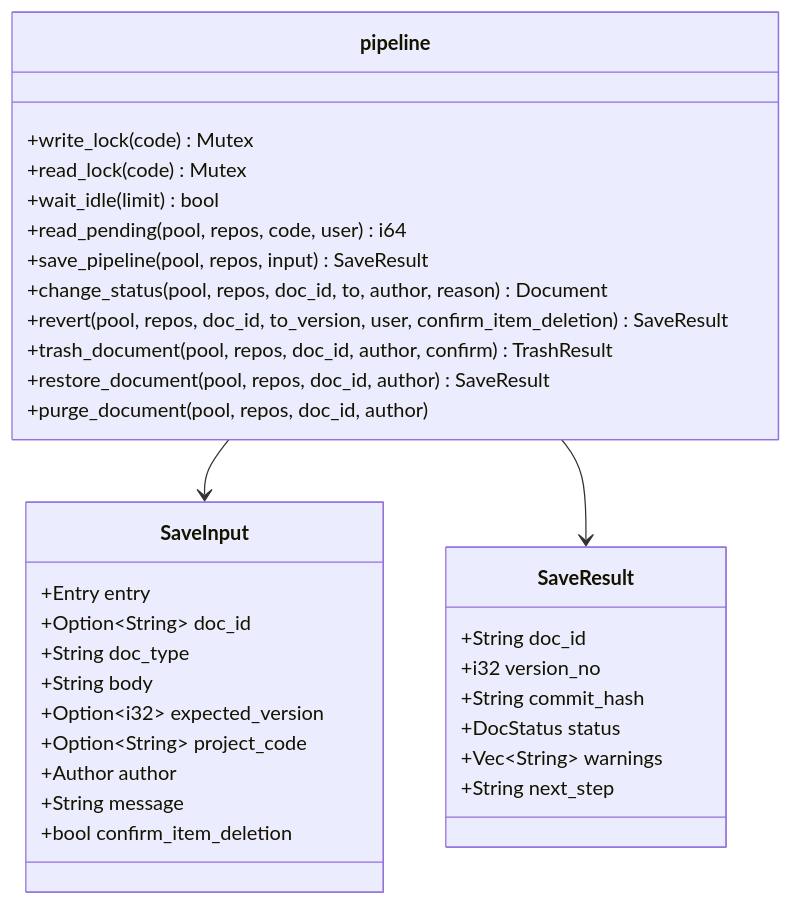
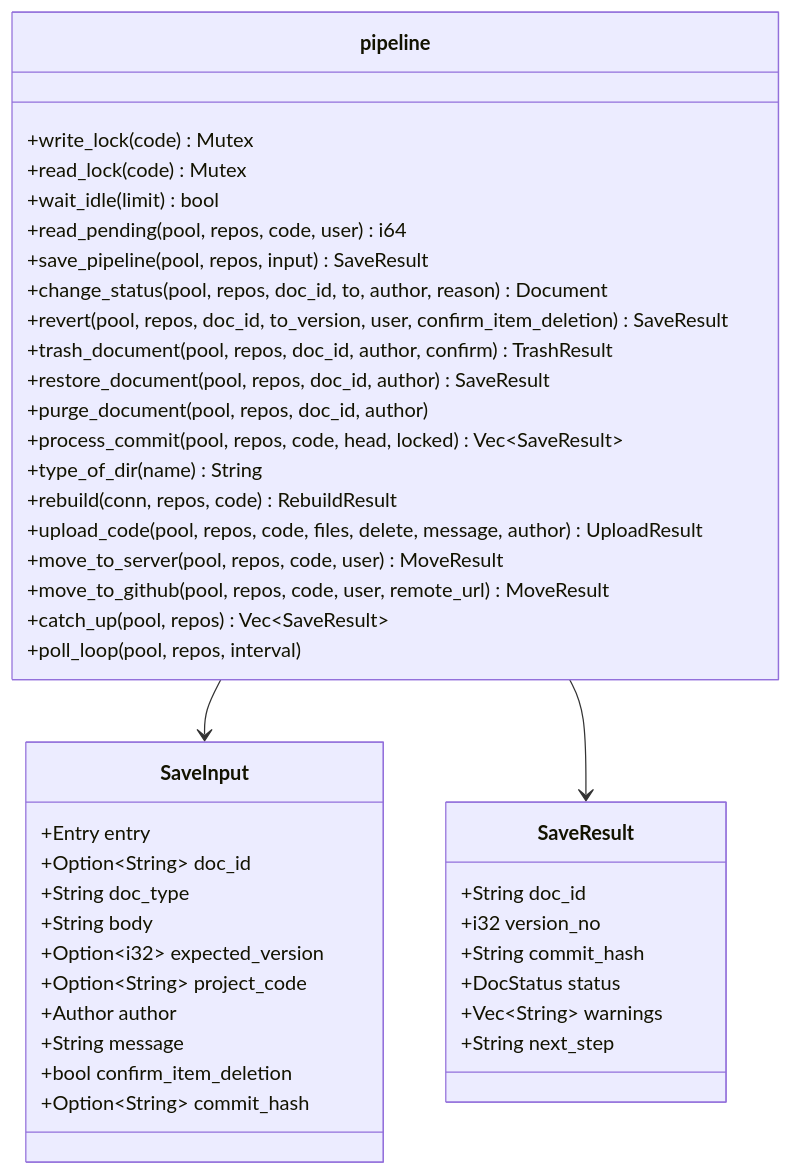
Before and after one commit to HoyoungParkme/syncdoc: the fifth of 6 diagrams in docs/specs/06-DOM/SYNC-DOM-004.md, drawn with Mermaid. The commit also changed other lines of this file, not shown here.

````diff
--- a/docs/specs/06-DOM/SYNC-DOM-004.md
+++ b/docs/specs/06-DOM/SYNC-DOM-004.md
@@ -562,36 +568,45 @@
 ```mermaid
 classDiagram
     class pipeline {
         +write_lock(code) Mutex
         +read_lock(code) Mutex
         +wait_idle(limit) bool
         +read_pending(pool, repos, code, user) i64
         +save_pipeline(pool, repos, input) SaveResult
         +change_status(pool, repos, doc_id, to, author, reason) Document
         +revert(pool, repos, doc_id, to_version, user, confirm_item_deletion) SaveResult
         +trash_document(pool, repos, doc_id, author, confirm) TrashResult
         +restore_document(pool, repos, doc_id, author) SaveResult
         +purge_document(pool, repos, doc_id, author)
+        +process_commit(pool, repos, code, head, locked) Vec~SaveResult~
+        +type_of_dir(name) String
+        +rebuild(conn, repos, code) RebuildResult
+        +upload_code(pool, repos, code, files, delete, message, author) UploadResult
+        +move_to_server(pool, repos, code, user) MoveResult
+        +move_to_github(pool, repos, code, user, remote_url) MoveResult
+        +catch_up(pool, repos) Vec~SaveResult~
+        +poll_loop(pool, repos, interval)
     }
     class SaveInput {
         +Entry entry
         +Option~String~ doc_id
         +String doc_type
         +String body
         +Option~i32~ expected_version
         +Option~String~ project_code
         +Author author
         +String message
         +bool confirm_item_deletion
+        +Option~String~ commit_hash
     }
     class SaveResult {
         +String doc_id
         +i32 version_no
         +String commit_hash
         +DocStatus status
         +Vec~String~ warnings
         +String next_step
     }
     pipeline --> SaveInput
     pipeline --> SaveResult
 ```
````
